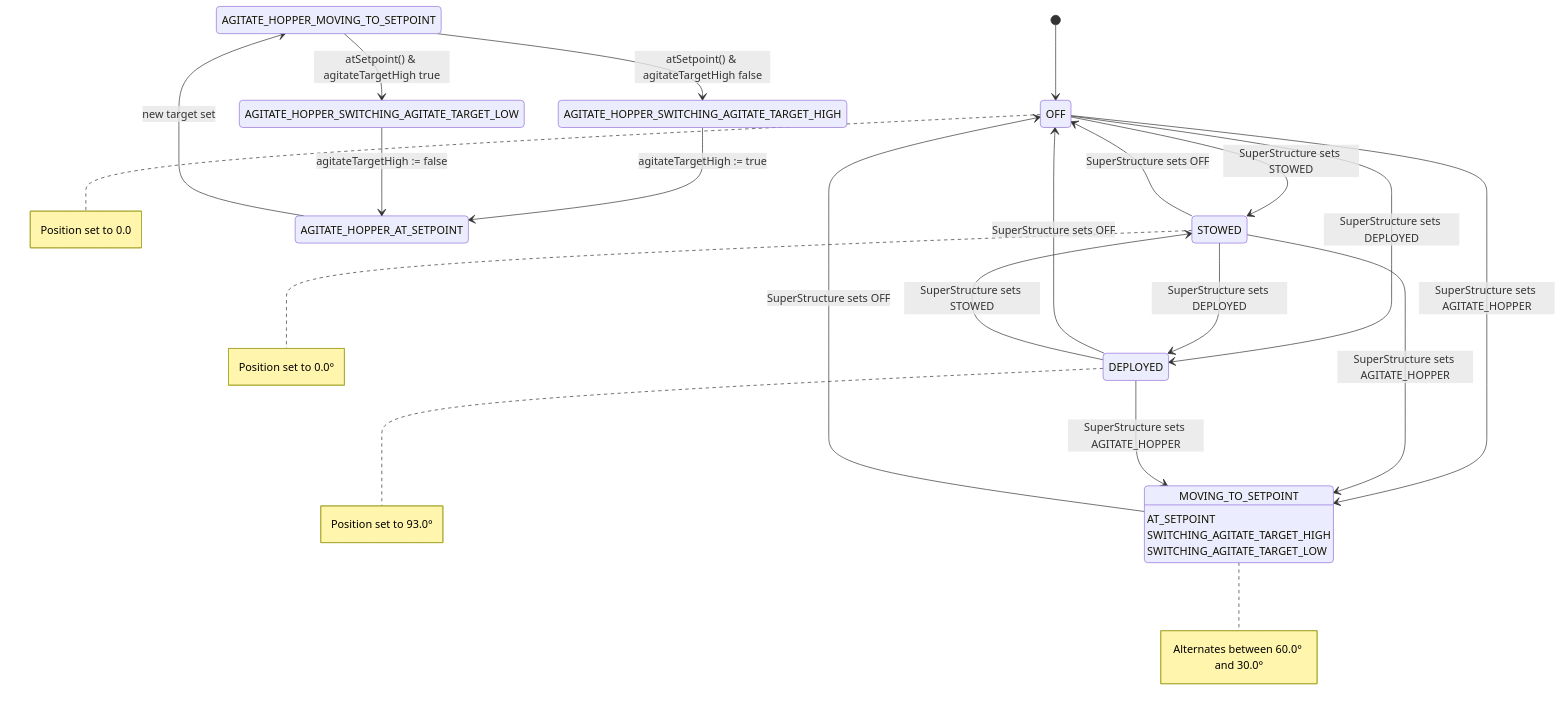
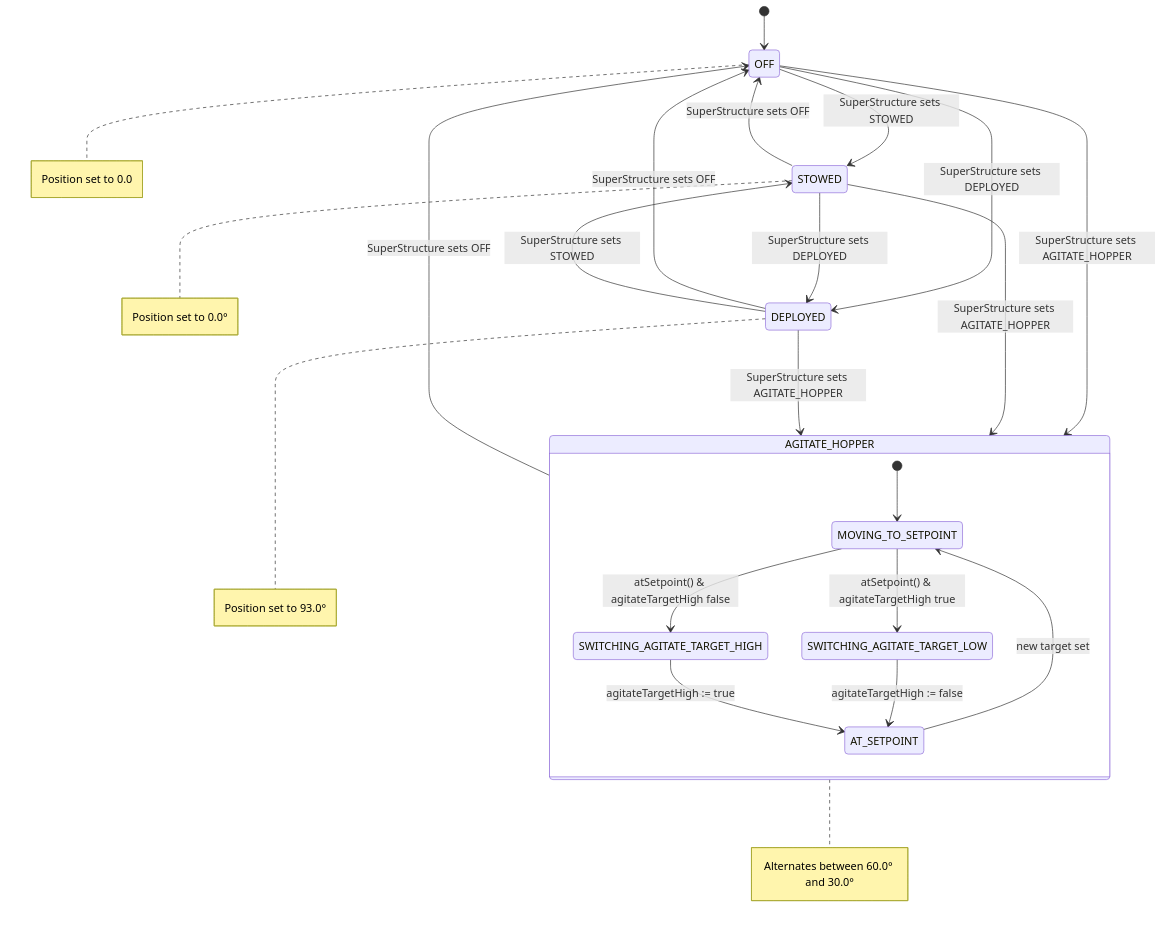
Before and after one commit to FRCTeam360/RainMaker26: the diagram in docs/states/IntakePivotStateMachine.mmd, drawn with Mermaid.

Commit message:
update diagram again

```diff
--- a/docs/states/IntakePivotStateMachine.mmd
+++ b/docs/states/IntakePivotStateMachine.mmd
@@ -1,35 +1,32 @@
 %% IntakePivot State Machine
 %% Reflects actual code in IntakePivot.java (2026-02-27)
 stateDiagram-v2
     [*] --> OFF
 
     OFF --> STOWED : SuperStructure sets STOWED
     STOWED --> OFF : SuperStructure sets OFF
 
     OFF --> DEPLOYED : SuperStructure sets DEPLOYED
     DEPLOYED --> OFF : SuperStructure sets OFF
 
     STOWED --> DEPLOYED : SuperStructure sets DEPLOYED
     DEPLOYED --> STOWED : SuperStructure sets STOWED
 
     OFF --> AGITATE_HOPPER : SuperStructure sets AGITATE_HOPPER
     STOWED --> AGITATE_HOPPER : SuperStructure sets AGITATE_HOPPER
     DEPLOYED --> AGITATE_HOPPER : SuperStructure sets AGITATE_HOPPER
     AGITATE_HOPPER --> OFF : SuperStructure sets OFF
 
-    AGITATE_HOPPER : MOVING_TO_SETPOINT
-    AGITATE_HOPPER : AT_SETPOINT
-    AGITATE_HOPPER : SWITCHING_AGITATE_TARGET_HIGH
-    AGITATE_HOPPER : SWITCHING_AGITATE_TARGET_LOW
-
-    %% Agitation sub-state transitions
-    AGITATE_HOPPER_MOVING_TO_SETPOINT --> AGITATE_HOPPER_SWITCHING_AGITATE_TARGET_HIGH : atSetpoint() & agitateTargetHigh false
-    AGITATE_HOPPER_MOVING_TO_SETPOINT --> AGITATE_HOPPER_SWITCHING_AGITATE_TARGET_LOW : atSetpoint() & agitateTargetHigh true
-    AGITATE_HOPPER_SWITCHING_AGITATE_TARGET_HIGH --> AGITATE_HOPPER_AT_SETPOINT : agitateTargetHigh := true
-    AGITATE_HOPPER_SWITCHING_AGITATE_TARGET_LOW --> AGITATE_HOPPER_AT_SETPOINT : agitateTargetHigh := false
-    AGITATE_HOPPER_AT_SETPOINT --> AGITATE_HOPPER_MOVING_TO_SETPOINT : new target set
+    state AGITATE_HOPPER {
+        [*] --> MOVING_TO_SETPOINT
+        MOVING_TO_SETPOINT --> SWITCHING_AGITATE_TARGET_HIGH : atSetpoint() & agitateTargetHigh false
+        MOVING_TO_SETPOINT --> SWITCHING_AGITATE_TARGET_LOW : atSetpoint() & agitateTargetHigh true
+        SWITCHING_AGITATE_TARGET_HIGH --> AT_SETPOINT : agitateTargetHigh := true
+        SWITCHING_AGITATE_TARGET_LOW --> AT_SETPOINT : agitateTargetHigh := false
+        AT_SETPOINT --> MOVING_TO_SETPOINT : new target set
+    }
 
     note right of OFF : Position set to 0.0
     note right of STOWED : Position set to 0.0°
     note right of DEPLOYED : Position set to 93.0°
     note right of AGITATE_HOPPER : Alternates between 60.0° and 30.0°
```
